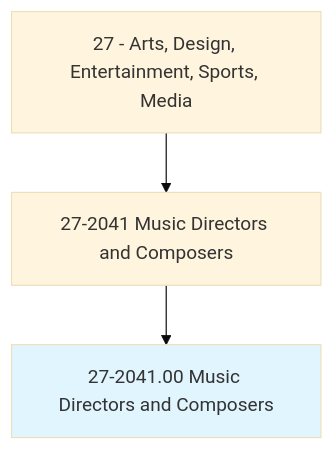
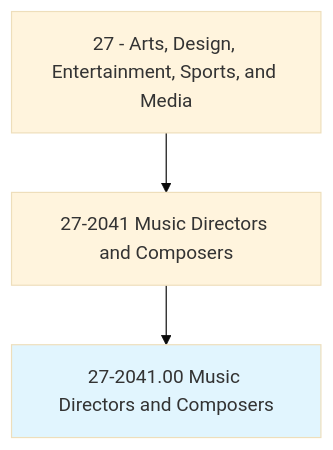
The first of 4 diagrams in occupations/ArtsMedia/MusicDirectorsAndComposers.mdx (kziemski/business.org.ai), drawn with Mermaid (base theme) before and after one commit. The commit also changed other lines of this file and 938 other files, not shown here.

````diff
--- a/occupations/ArtsMedia/MusicDirectorsAndComposers.mdx
+++ b/occupations/ArtsMedia/MusicDirectorsAndComposers.mdx
@@ -19,6 +23,6 @@
 ```mermaid
 graph TD
-    Cat27["27 - Arts, Design, Entertainment, Sports, Media"] --> Group272041["27-2041 Music Directors and Composers"]
+    Cat27["27 - Arts, Design, Entertainment, Sports, and Media"] --> Group272041["27-2041 Music Directors and Composers"]
     Group272041 --> Current["27-2041.00 Music Directors and Composers"]
     style Current fill:#e1f5fe
 ```
````
